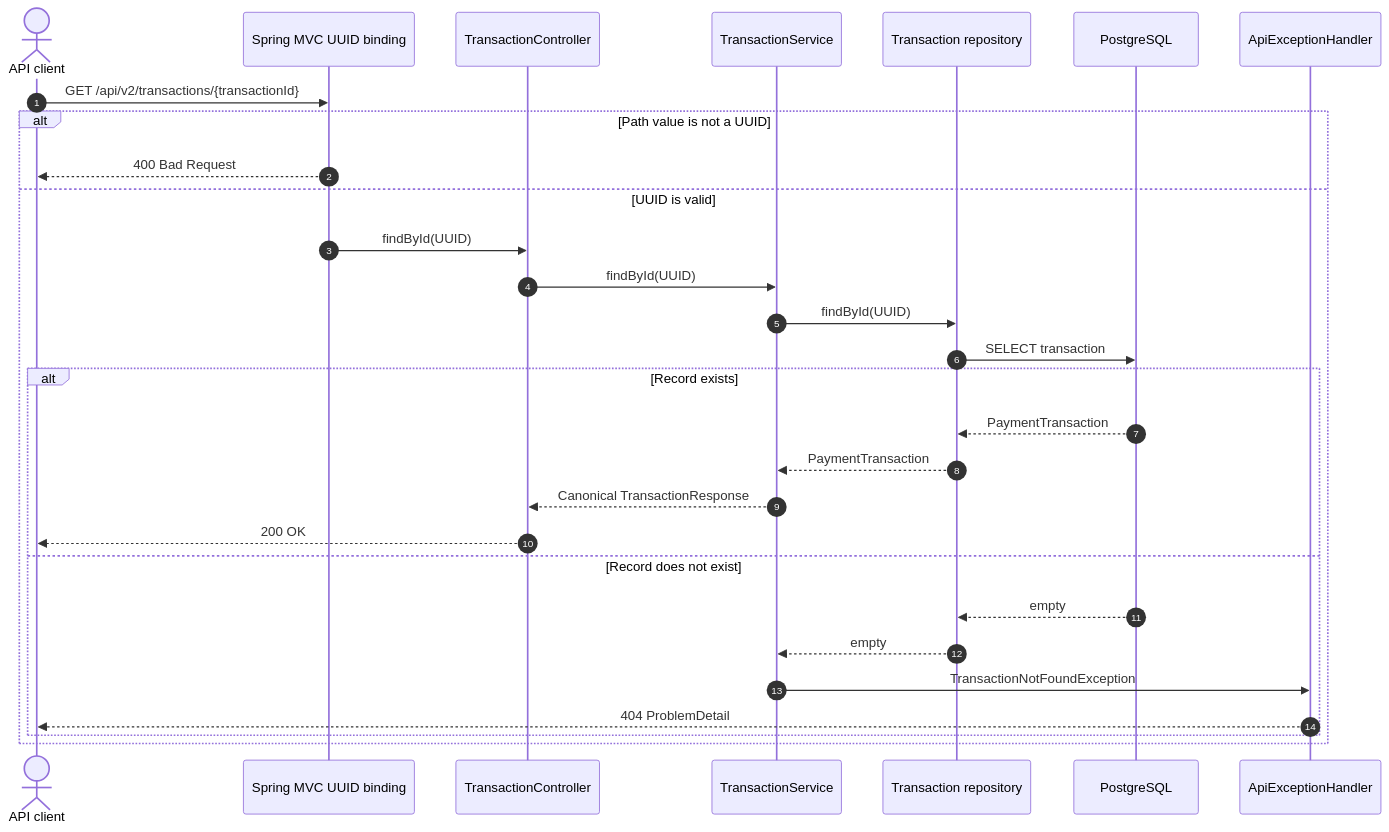
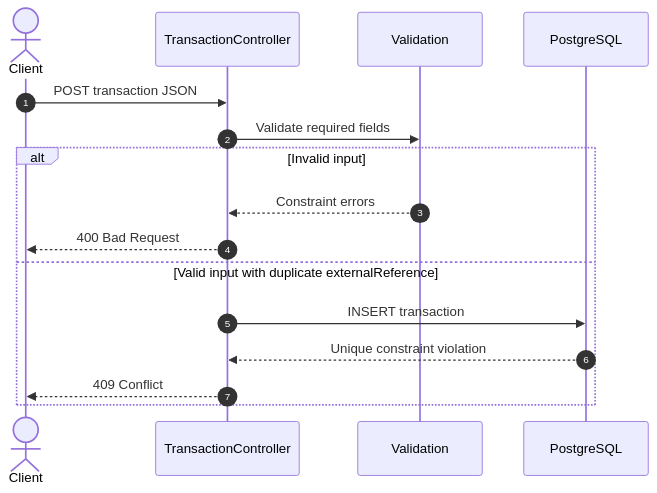
Before and after one commit to tarunngusain08/transaction-outbox-service: the second of 4 diagrams in docs/sequence-diagrams.md, drawn with Mermaid. The commit also changed other lines of this file and 107 other files, not shown here.

````diff
--- a/docs/sequence-diagrams.md
+++ b/docs/sequence-diagrams.md
@@ -212,32 +37,19 @@
 ```mermaid
 sequenceDiagram
     autonumber
-    actor Client as API client
-    participant MVC as Spring MVC UUID binding
-    participant Controller as TransactionController
-    participant Service as TransactionService
-    participant Repo as Transaction repository
+    actor Client
+    participant API as TransactionController
+    participant Validation
     participant DB as PostgreSQL
-    participant Handler as ApiExceptionHandler
 
-    Client->>MVC: GET /api/v2/transactions/{transactionId}
-    alt Path value is not a UUID
-        MVC-->>Client: 400 Bad Request
-    else UUID is valid
-        MVC->>Controller: findById(UUID)
-        Controller->>Service: findById(UUID)
-        Service->>Repo: findById(UUID)
-        Repo->>DB: SELECT transaction
-        alt Record exists
-            DB-->>Repo: PaymentTransaction
-            Repo-->>Service: PaymentTransaction
-            Service-->>Controller: Canonical TransactionResponse
-            Controller-->>Client: 200 OK
-        else Record does not exist
-            DB-->>Repo: empty
-            Repo-->>Service: empty
-            Service->>Handler: TransactionNotFoundException
-            Handler-->>Client: 404 ProblemDetail
-        end
+    Client->>API: POST transaction JSON
+    API->>Validation: Validate required fields
+    alt Invalid input
+        Validation-->>API: Constraint errors
+        API-->>Client: 400 Bad Request
+    else Valid input with duplicate externalReference
+        API->>DB: INSERT transaction
+        DB-->>API: Unique constraint violation
+        API-->>Client: 409 Conflict
     end
 ```
````
